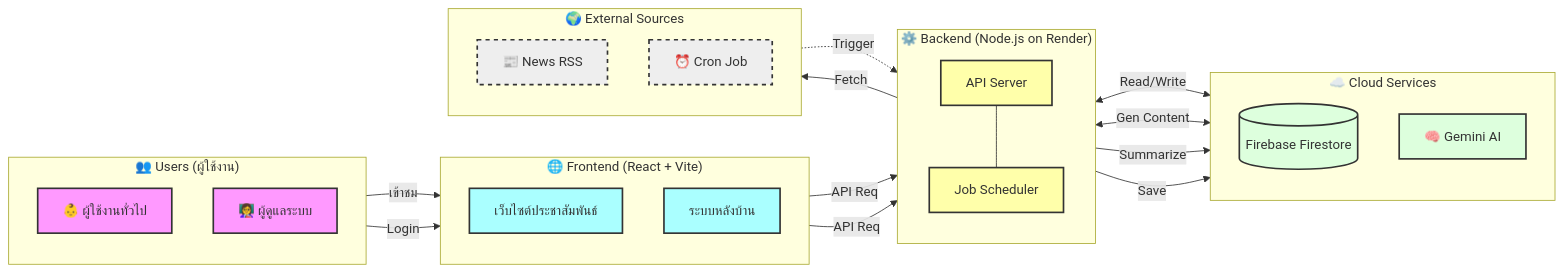
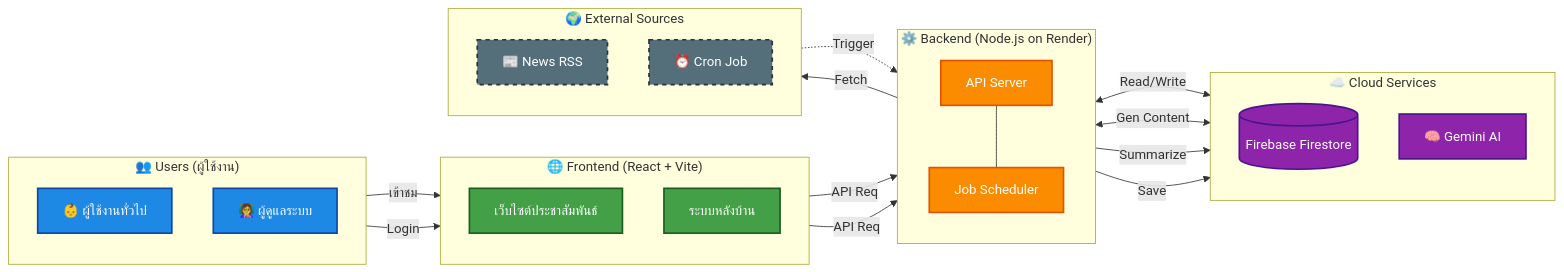
One commit to Xmax-001/nongmim changed the diagram in README.md. Above: the diagram before and after it, drawn with Mermaid.

````diff
--- a/README.md
+++ b/README.md
@@ -17,63 +17,63 @@
 ```mermaid
 graph LR
-    %% Styles
-    classDef user fill:#f9f,stroke:#333,stroke-width:2px;
-    classDef frontend fill:#aff,stroke:#333,stroke-width:2px;
-    classDef backend fill:#ffa,stroke:#333,stroke-width:2px;
-    classDef data fill:#dfd,stroke:#333,stroke-width:2px;
-    classDef external fill:#eee,stroke:#333,stroke-width:2px,stroke-dasharray: 5 5;
+    %% Styles - High Contrast Theme
+    classDef user fill:#1E88E5,stroke:#0D47A1,stroke-width:2px,color:#FFFFFF;
+    classDef frontend fill:#43A047,stroke:#1B5E20,stroke-width:2px,color:#FFFFFF;
+    classDef backend fill:#FB8C00,stroke:#E65100,stroke-width:2px,color:#FFFFFF;
+    classDef data fill:#8E24AA,stroke:#4A148C,stroke-width:2px,color:#FFFFFF;
+    classDef external fill:#546E7A,stroke:#263238,stroke-width:2px,stroke-dasharray: 5 5,color:#FFFFFF;
 
     %% Users
     subgraph Users ["👥 Users (ผู้ใช้งาน)"]
         direction TB
         User["👶 ผู้ใช้งานทั่วไป"]:::user
         Admin["👩‍🏫 ผู้ดูแลระบบ"]:::user
     end
 
     %% Frontend
     subgraph FrontendSystem ["🌐 Frontend (React + Vite)"]
         direction TB
         Web["เว็บไซต์ประชาสัมพันธ์"]:::frontend
         AdminPanel["ระบบหลังบ้าน"]:::frontend
     end
 
     %% Backend
     subgraph BackendSystem ["⚙️ Backend (Node.js on Render)"]
         direction TB
         API["API Server"]:::backend
         Scheduler["Job Scheduler"]:::backend
     end
 
     %% Data & Services
     subgraph CloudServices ["☁️ Cloud Services"]
         direction TB
         DB[("Firebase Firestore")]:::data
         Gemini["🧠 Gemini AI"]:::data
     end
 
     %% External
     subgraph External ["🌍 External Sources"]
         direction TB
         RSS["📰 News RSS"]:::external
         CronJob["⏰ Cron Job"]:::external
     end
 
     %% Connections
     User -->|เข้าชม| Web
     Admin -->|Login| AdminPanel
 
     Web -->|API Req| API
     AdminPanel -->|API Req| API
 
     API <-->|Read/Write| DB
     API <-->|Gen Content| Gemini
 
     %% Auto News Flow
     CronJob -.->|Trigger| API
     Scheduler -->|Fetch| RSS
     Scheduler -->|Summarize| Gemini
     Scheduler -->|Save| DB
     
     %% Internal
     API --- Scheduler
 ```
````
